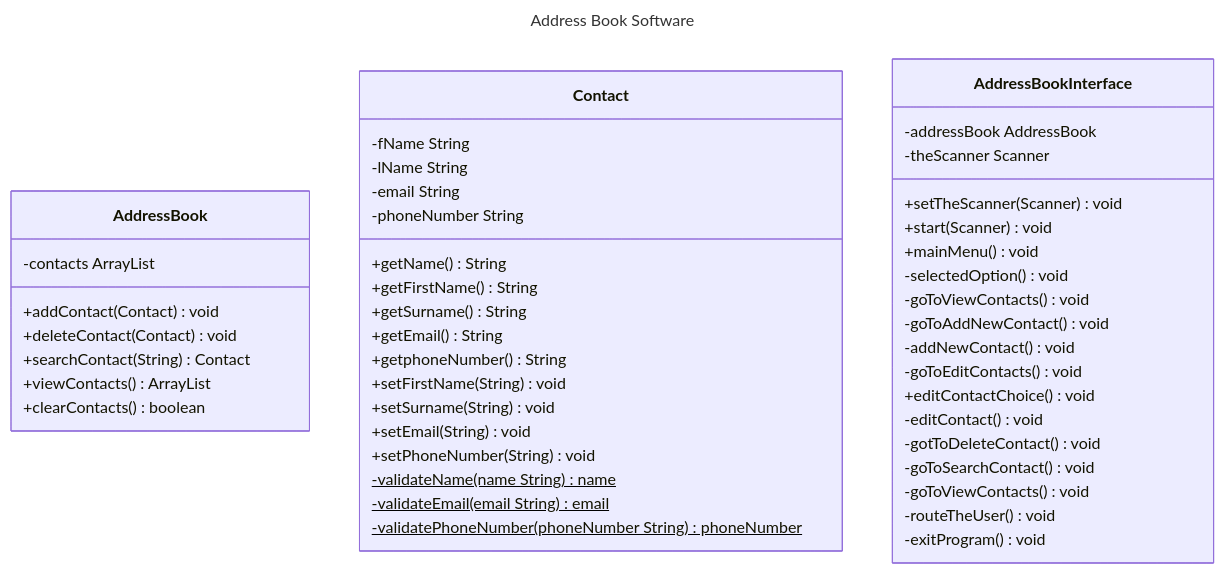
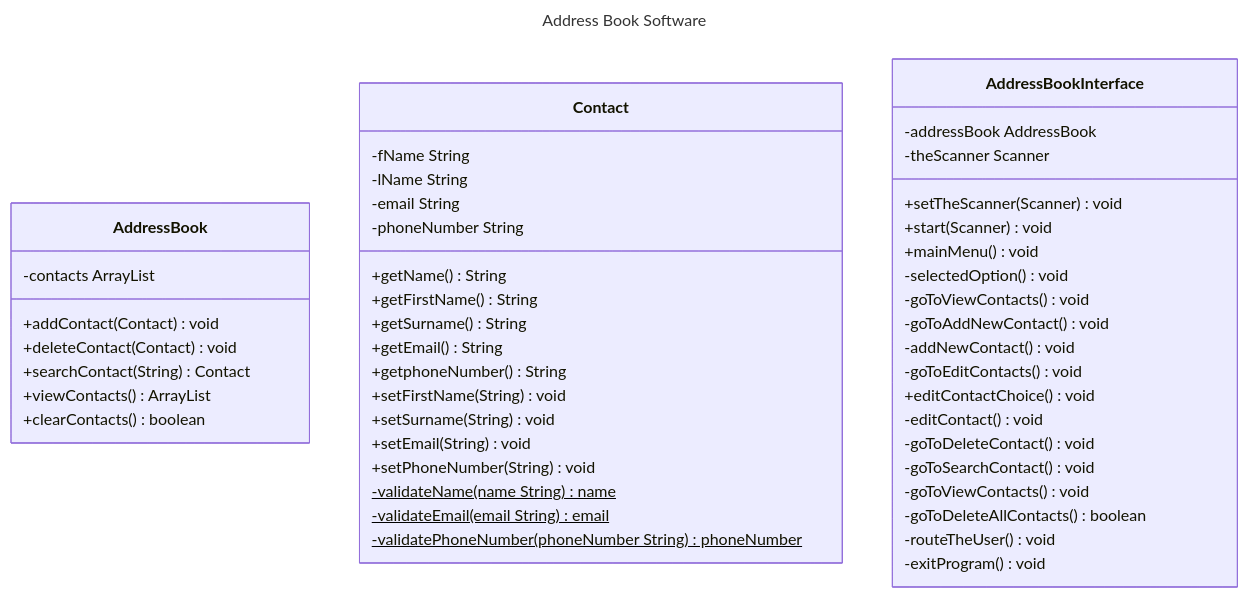
One commit to myaleung/address-book-application changed the diagram in docs/domain-models-test-plan.md. Above: the diagram before and after it, drawn with Mermaid. The commit also changed other lines of this file and 5 other files, not shown here.

````diff
--- a/docs/domain-models-test-plan.md
+++ b/docs/domain-models-test-plan.md
@@ -5,52 +5,53 @@
 ```mermaid
 ---
 title: Address Book Software
 ---
 classDiagram
     class AddressBook {
         -contacts ArrayList<Contact>
         +addContact(Contact) void
         +deleteContact(Contact) void
         +searchContact(String) Contact
         +viewContacts() ArrayList
         +clearContacts() boolean
     }
     class Contact {
         -fName String
         -lName String
         -email  String
         -phoneNumber String
         +getName() String
         +getFirstName() String
         +getSurname() String
         +getEmail() String
         +getphoneNumber() String
         +setFirstName(String) void
         +setSurname(String) void
         +setEmail(String) void
         +setPhoneNumber(String) void
         -validateName(name String)$ name
         -validateEmail(email String)$ email
         -validatePhoneNumber(phoneNumber String)$ phoneNumber
     }
         
     class AddressBookInterface {
         -addressBook AddressBook 
         -theScanner Scanner
         +setTheScanner(Scanner) void
         +start(Scanner) void
         +mainMenu() void
         -selectedOption() void
         -goToViewContacts() void
         -goToAddNewContact() void
         -addNewContact() void
         -goToEditContacts() void
         +editContactChoice() void
         -editContact() void
-        -gotToDeleteContact() void
+        -goToDeleteContact() void
         -goToSearchContact() void
         -goToViewContacts() void
+        -goToDeleteAllContacts() boolean
         -routeTheUser() void
         -exitProgram() void
     }
 ```
````
